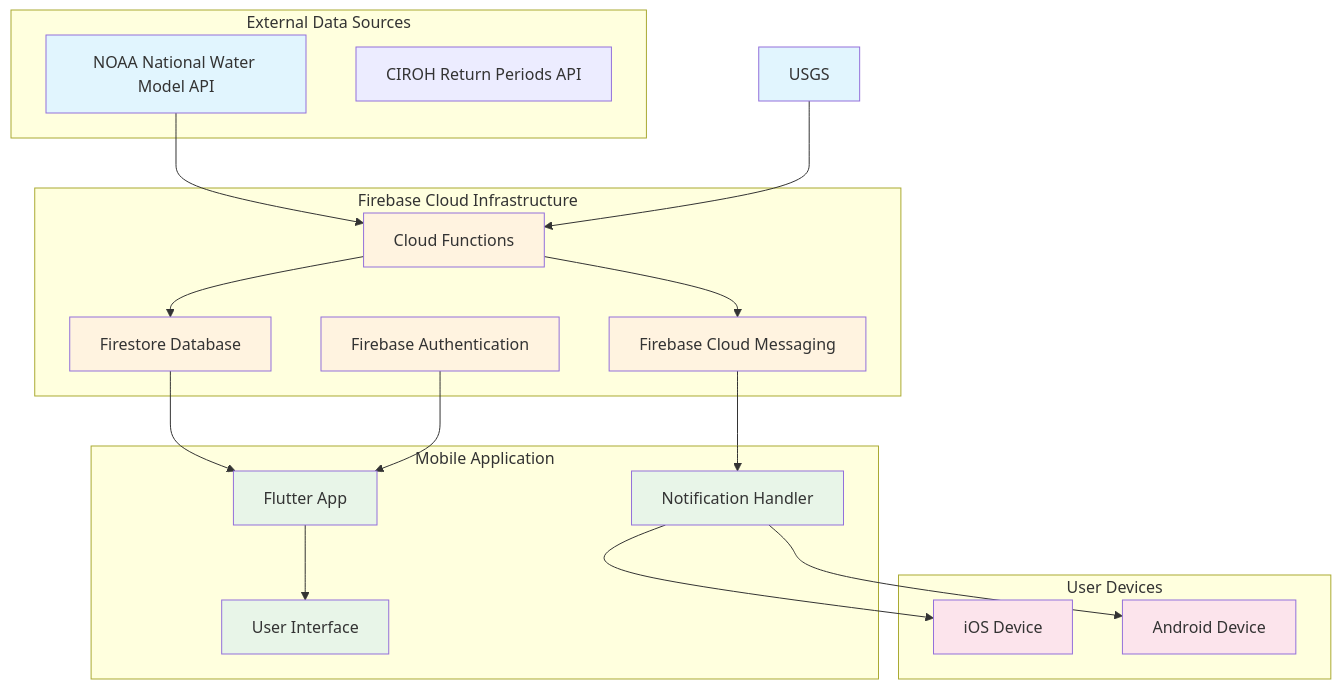
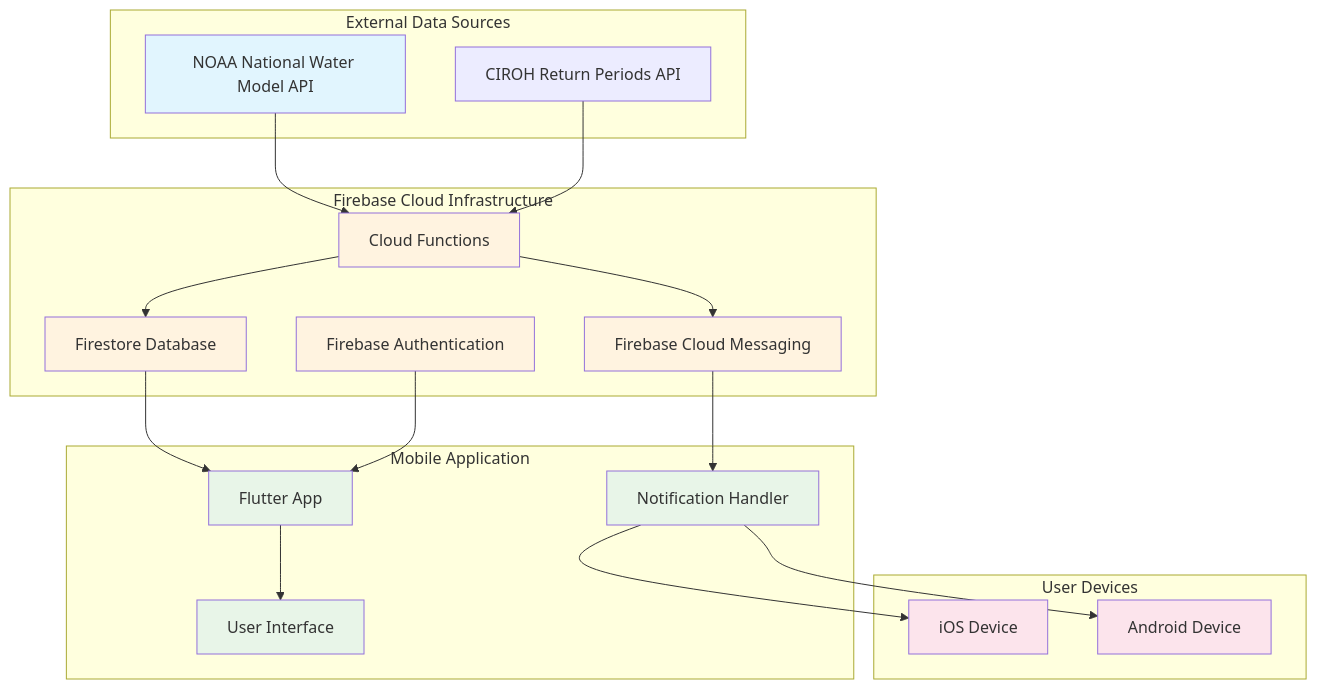
One commit to jersjar7/Rivr changed the first of 10 diagrams in thesis_documentation/architecture/system_flow_diagrams.md. Above: the diagram before and after it, drawn with Mermaid.

Commit message:
Flow Diagram changed to CIROH API

````diff
--- a/thesis_documentation/architecture/system_flow_diagrams.md
+++ b/thesis_documentation/architecture/system_flow_diagrams.md
@@ -9,46 +9,46 @@
 ```mermaid
 graph TB
     subgraph "External Data Sources"
         NOAA[NOAA National Water Model API]
         CIROH[CIROH Return Periods API]
     end
     
     subgraph "Firebase Cloud Infrastructure"
         CF[Cloud Functions]
         FS[Firestore Database]
         FCM[Firebase Cloud Messaging]
         AUTH[Firebase Authentication]
     end
     
     subgraph "Mobile Application"
         APP[Flutter App]
         NOTIF[Notification Handler]
         UI[User Interface]
     end
     
     subgraph "User Devices"
         iOS[iOS Device]
         ANDROID[Android Device]
     end
     
     NOAA --> CF
-    USGS --> CF
+    CIROH --> CF
     CF --> FS
     CF --> FCM
     FS --> APP
     FCM --> NOTIF
     AUTH --> APP
     APP --> UI
     NOTIF --> iOS
     NOTIF --> ANDROID
     
     classDef external fill:#e1f5fe
     classDef firebase fill:#fff3e0
     classDef mobile fill:#e8f5e8
     classDef device fill:#fce4ec
     
     class NOAA,USGS external
     class CF,FS,FCM,AUTH firebase
     class APP,NOTIF,UI mobile
     class iOS,ANDROID device
 ```
````
